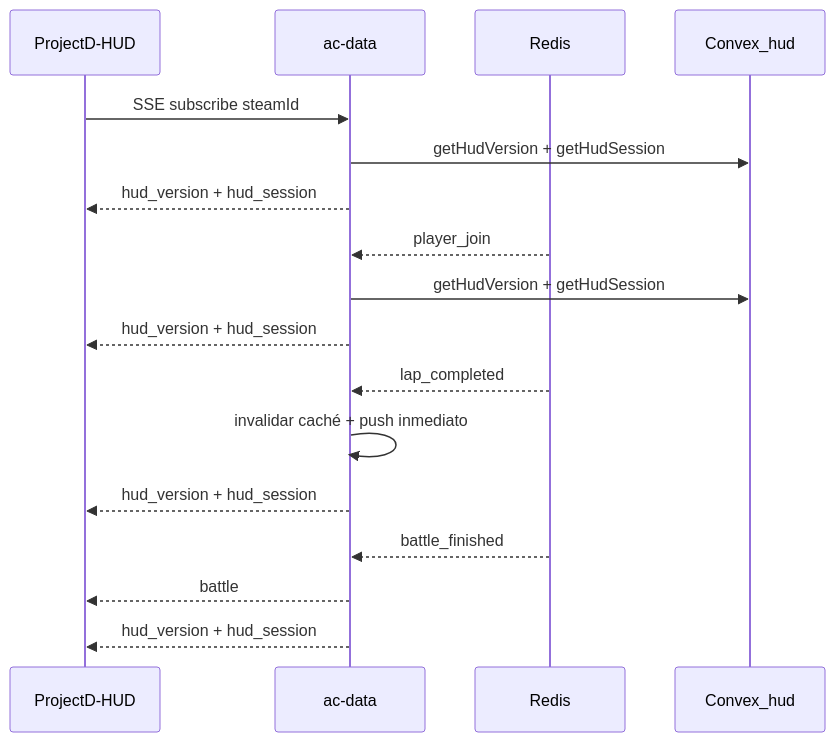
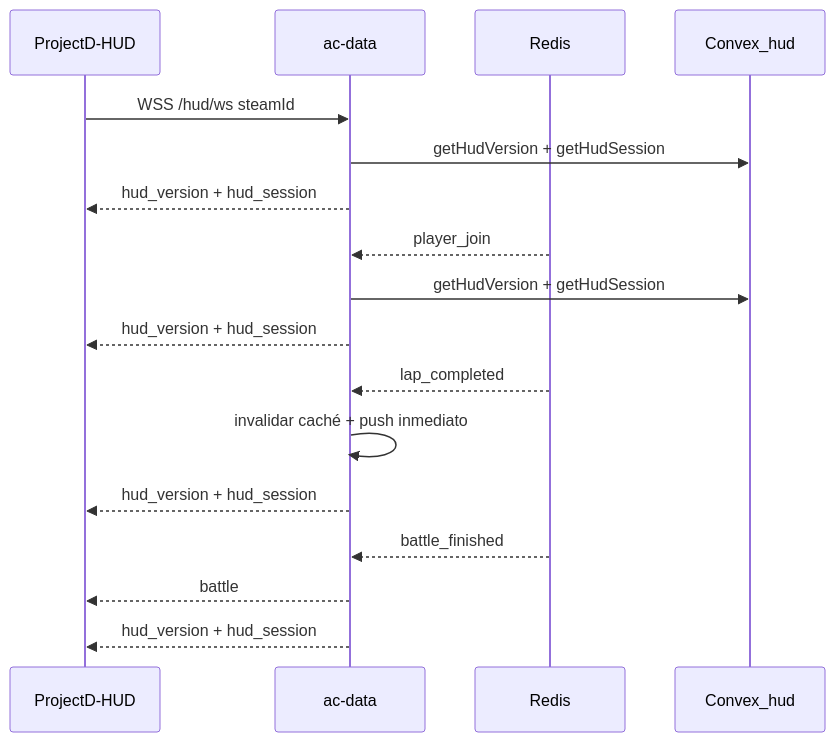
Before and after one commit to Porx312/docker-infrasture-assetto-corsa: the diagram in docs/HUD_TIME_ATTACK_INTEGRATION.md, drawn with Mermaid. The commit also changed other lines of this file and 44 other files, not shown here.

````diff
--- a/docs/HUD_TIME_ATTACK_INTEGRATION.md
+++ b/docs/HUD_TIME_ATTACK_INTEGRATION.md
@@ -21,20 +21,20 @@
 ```mermaid
 sequenceDiagram
   participant Lua as ProjectD-HUD
   participant AcData as ac-data
   participant Redis as Redis
   participant Convex as Convex_hud
 
-  Lua->>AcData: SSE subscribe steamId
+  Lua->>AcData: WSS /hud/ws steamId
   AcData->>Convex: getHudVersion + getHudSession
   AcData-->>Lua: hud_version + hud_session
   Redis-->>AcData: player_join
   AcData->>Convex: getHudVersion + getHudSession
   AcData-->>Lua: hud_version + hud_session
   Redis-->>AcData: lap_completed
   AcData->>AcData: invalidar caché + push inmediato
   AcData-->>Lua: hud_version + hud_session
   Redis-->>AcData: battle_finished
   AcData-->>Lua: battle
   AcData-->>Lua: hud_version + hud_session
 ```
````
